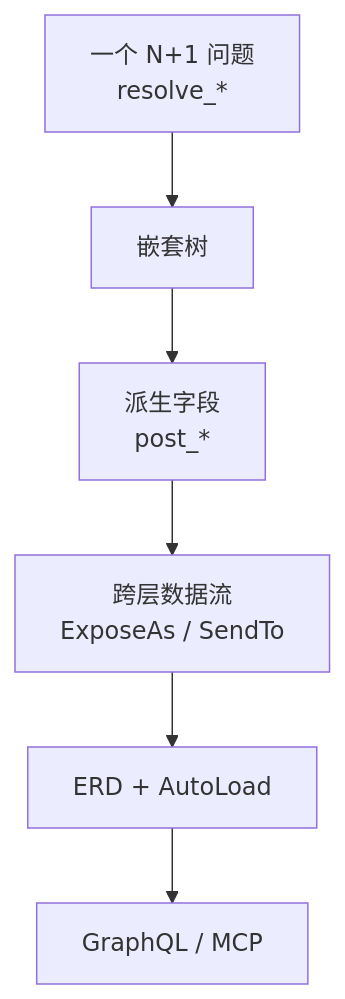
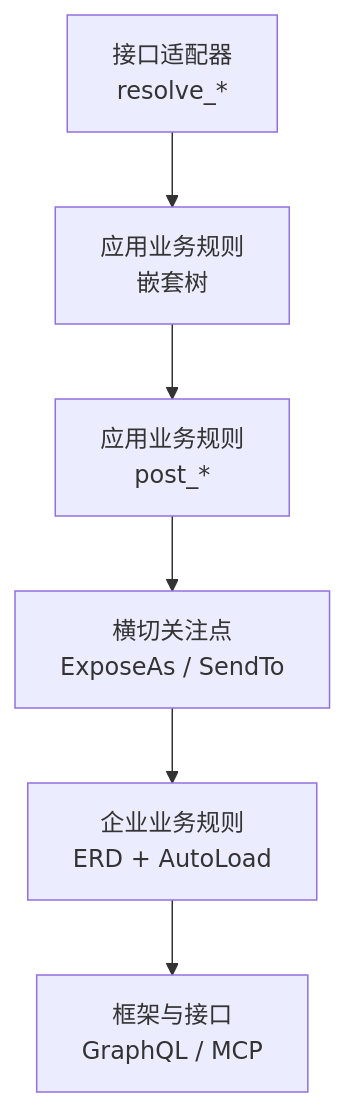
The first of 2 diagrams in docs/index.zh.md (allmonday/pydantic-resolve), drawn with Mermaid before and after one commit. The commit also changed other lines of this file and 17 other files, not shown here.

First line of the commit message:
Refactor documentation to emphasize Clean Architecture principles

````diff
--- a/docs/index.zh.md
+++ b/docs/index.zh.md
@@ -31,8 +43,8 @@
 ```mermaid
 flowchart TB
-    a["一个 N+1 问题<br/>resolve_*"] --> b["嵌套树"]
-    b --> c["派生字段<br/>post_*"]
-    c --> d["跨层数据流<br/>ExposeAs / SendTo"]
-    d --> e["ERD + AutoLoad"]
-    e --> f["GraphQL / MCP"]
+    a["接口适配器<br/>resolve_*"] --> b["应用业务规则<br/>嵌套树"]
+    b --> c["应用业务规则<br/>post_*"]
+    c --> d["横切关注点<br/>ExposeAs / SendTo"]
+    d --> e["企业业务规则<br/>ERD + AutoLoad"]
+    e --> f["框架与接口<br/>GraphQL / MCP"]
 ```
````
